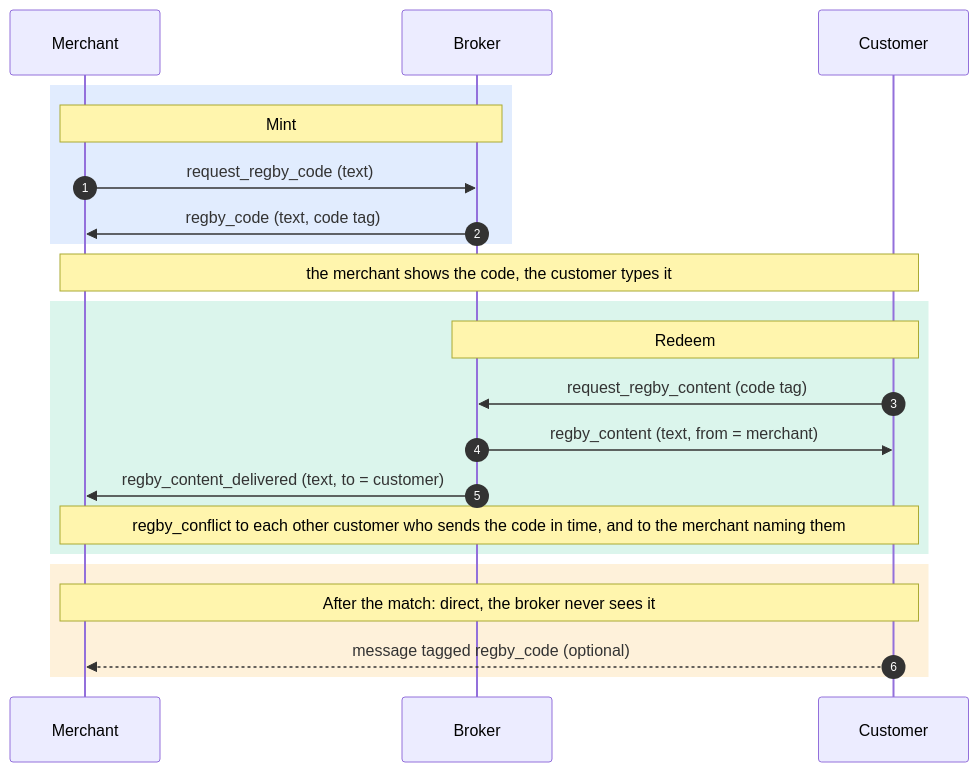
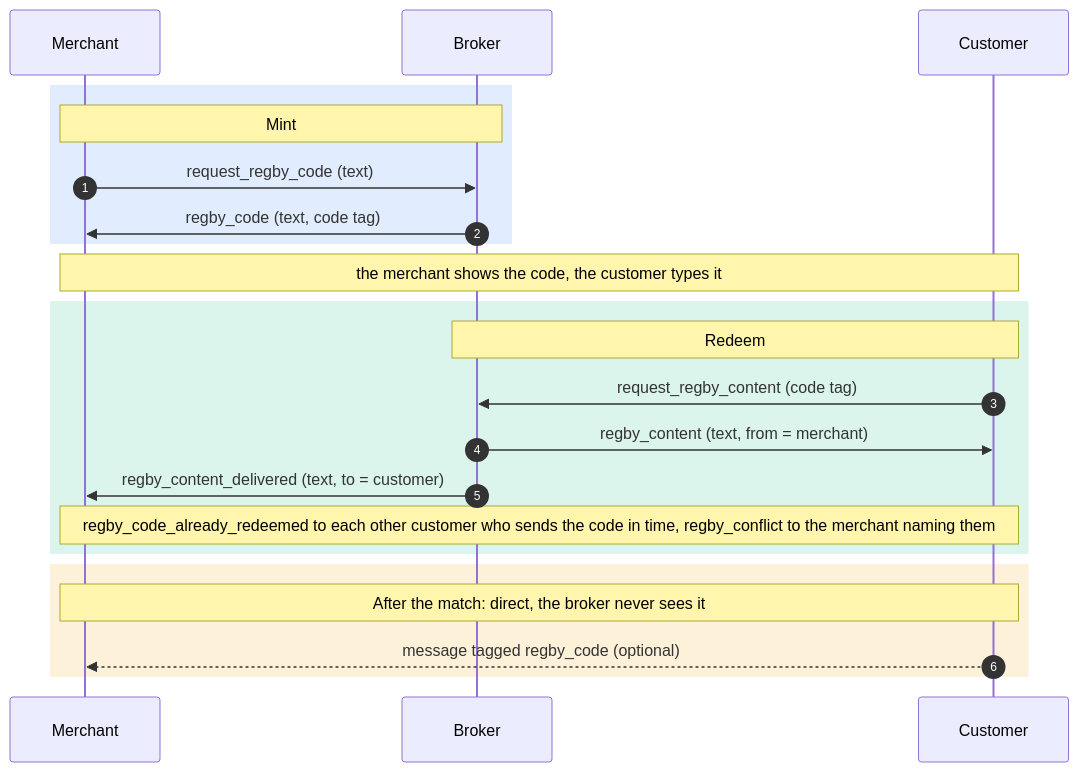
Before and after one commit to ZenTenApp/regby-middleware: the diagram in README.md, drawn with Mermaid. The commit also changed other lines of this file and 9 other files, not shown here.

First line of the commit message:
feat(regby)!: refuse a second customer with regby_code_already_redeemed

````diff
--- a/README.md
+++ b/README.md
@@ -11,24 +11,24 @@
 ```mermaid
 sequenceDiagram
     autonumber
     participant M as Merchant
     participant B as Broker
     participant C as Customer
     rect rgba(59, 130, 246, 0.15)
     Note over M,B: Mint
     M->>B: request_regby_code (text)
     B->>M: regby_code (text, code tag)
     end
     Note over M,C: the merchant shows the code, the customer types it
     rect rgba(16, 185, 129, 0.15)
     Note over B,C: Redeem
     C->>B: request_regby_content (code tag)
     B->>C: regby_content (text, from = merchant)
     B->>M: regby_content_delivered (text, to = customer)
-    Note over M,C: regby_conflict to each other customer who sends the code in time, and to the merchant naming them
+    Note over M,C: regby_code_already_redeemed to each other customer who sends the code in time, regby_conflict to the merchant naming them
     end
     rect rgba(245, 158, 11, 0.15)
     Note over M,C: After the match: direct, the broker never sees it
     C-->>M: message tagged regby_code (optional)
     end
 ```
````
